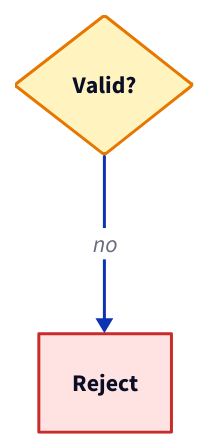
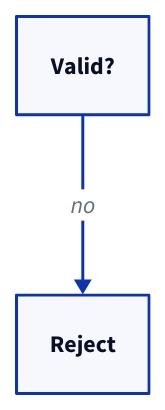
One commit to gwenwindflower/dotfiles changed the third of 5 diagrams in skills/diagramming/d2-language.md. Above: the diagram before and after it, drawn with D2. The commit also changed other lines of this file and 12 other files, not shown here.

First line of the commit message:
feat(diagramming): render Mermaid and D2 through one themed CLI

````diff
--- a/skills/diagramming/d2-language.md
+++ b/skills/diagramming/d2-language.md
@@ -50,17 +50,5 @@
 ```d2
-classes: {
-  decision: {
-    shape: diamond
-    style.fill: "#fff3bf"
-    style.stroke: "#e67700"
-  }
-  failure: {
-    style.fill: "#ffe3e3"
-    style.stroke: "#c92a2a"
-  }
-}
-
 check: Valid? {class: decision}
-reject: Reject {class: failure}
+reject: Reject {class: warn}
 check -> reject: no
 ```
````
